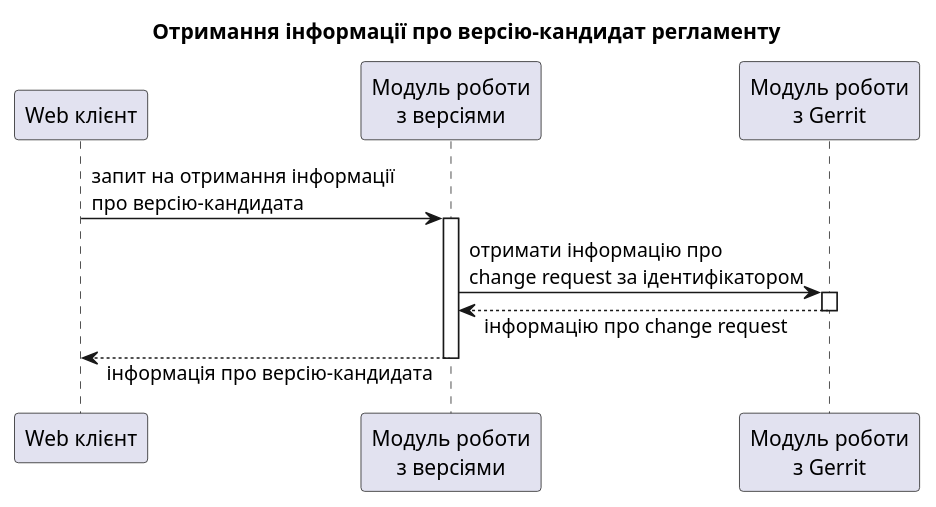
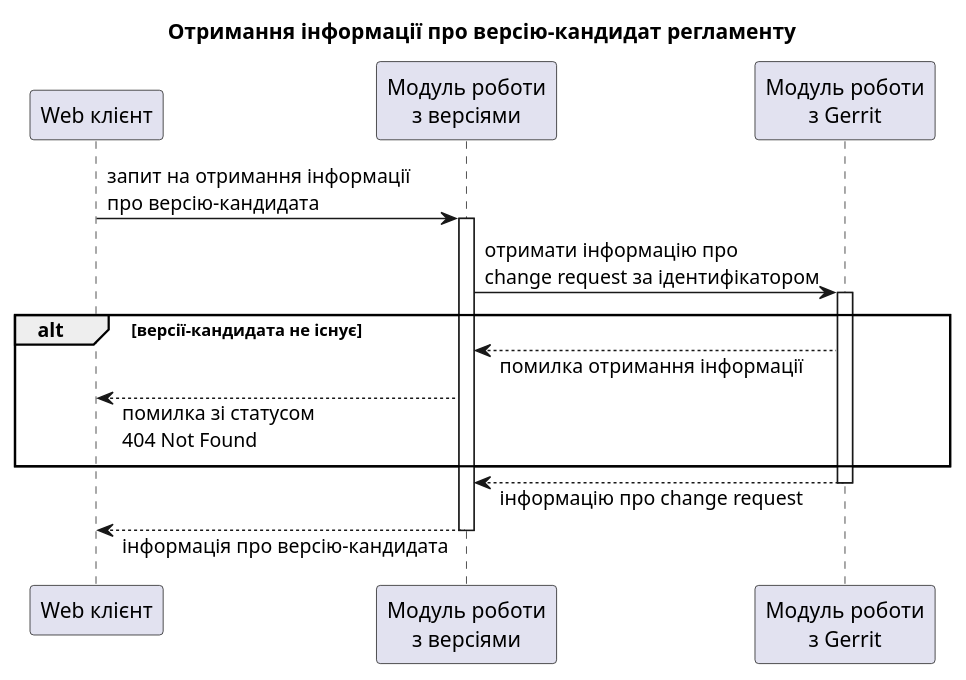
One commit to epam/edp-ddm-registry-regulation-management changed the diagram in docs/modules/admin-portal-backend/partials/versions/get-version-candidate.puml. Above: the diagram before and after it, drawn with PlantUML. The commit also changed 5 other files, not shown here.

```diff
--- a/docs/modules/admin-portal-backend/partials/versions/get-version-candidate.puml
+++ b/docs/modules/admin-portal-backend/partials/versions/get-version-candidate.puml
@@ -1,19 +1,24 @@
 @startuml
 skinparam responseMessageBelowArrow true
 
 participant "Web клієнт" as client order 1
 participant "Модуль роботи\nз версіями" as versionModule order 2
 participant "Модуль роботи\nз Gerrit" as gerritModule order 3
 
 title Отримання інформації про версію-кандидат регламенту
 
 client-> versionModule: запит на отримання інформації\nпро версію-кандидата
 activate versionModule
   versionModule -> gerritModule: отримати інформацію про\nchange request за ідентифікатором
   activate gerritModule
+
+    alt версії-кандидата не існує
+      versionModule <-- gerritModule: помилка отримання інформації
+      client <-- versionModule: помилка зі статусом\n404 Not Found
+    end
     versionModule <-- gerritModule: інформацію про change request
   deactivate gerritModule
 
   client <-- versionModule: інформація про версію-кандидата
 deactivate versionModule
 @enduml
```
